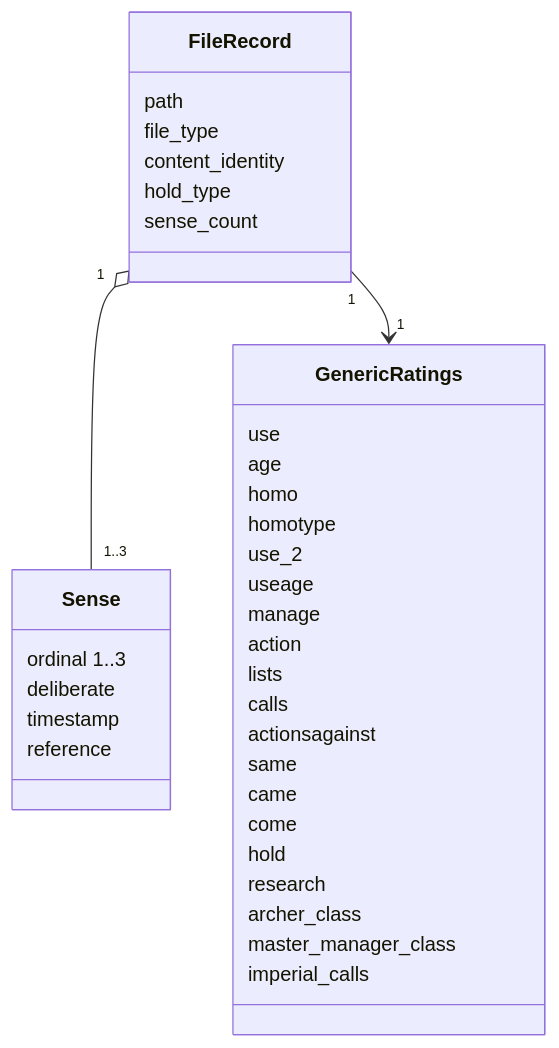
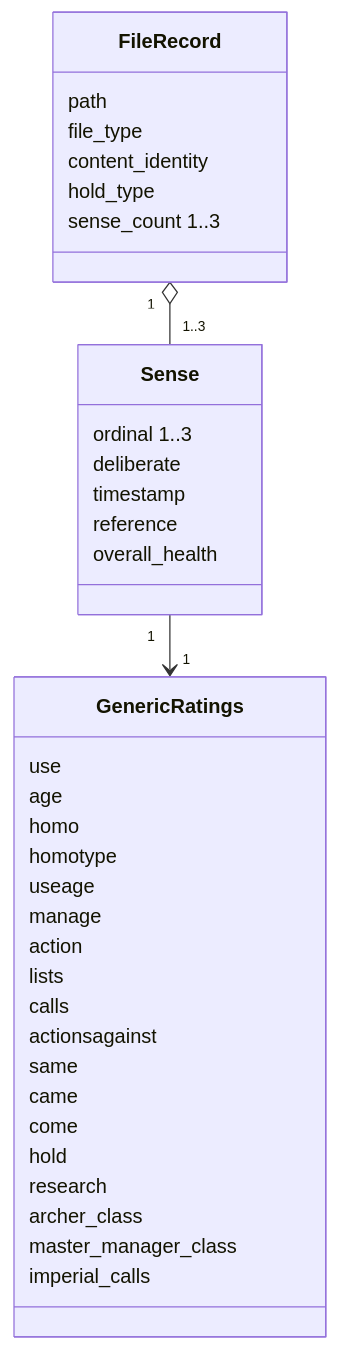
Before and after one commit to mearvk/Ubuntu-Determinant-Alpha_RS_r: the second of 2 diagrams in main/kernel/fs/ubuntu_white_sense/UBUNTU-WHITE-SENSE.mmd, drawn with Mermaid. The commit also changed other lines of this file, not shown here.

Commit message:
kernel: update Sense architecture for per-layer ratings and health

````diff
--- a/main/kernel/fs/ubuntu_white_sense/UBUNTU-WHITE-SENSE.mmd
+++ b/main/kernel/fs/ubuntu_white_sense/UBUNTU-WHITE-SENSE.mmd
@@ -20,39 +23,39 @@
 ```mermaid
 classDiagram
     class FileRecord {
       path
       file_type
       content_identity
       hold_type
-      sense_count
+      sense_count 1..3
     }
     class Sense {
       ordinal 1..3
       deliberate
       timestamp
       reference
+      overall_health
     }
     class GenericRatings {
       use
       age
       homo
       homotype
-      use_2
       useage
       manage
       action
       lists
       calls
       actionsagainst
       same
       came
       come
       hold
       research
       archer_class
       master_manager_class
       imperial_calls
     }
     FileRecord "1" o-- "1..3" Sense
-    FileRecord "1" --> "1" GenericRatings
+    Sense "1" --> "1" GenericRatings
 ```
````
